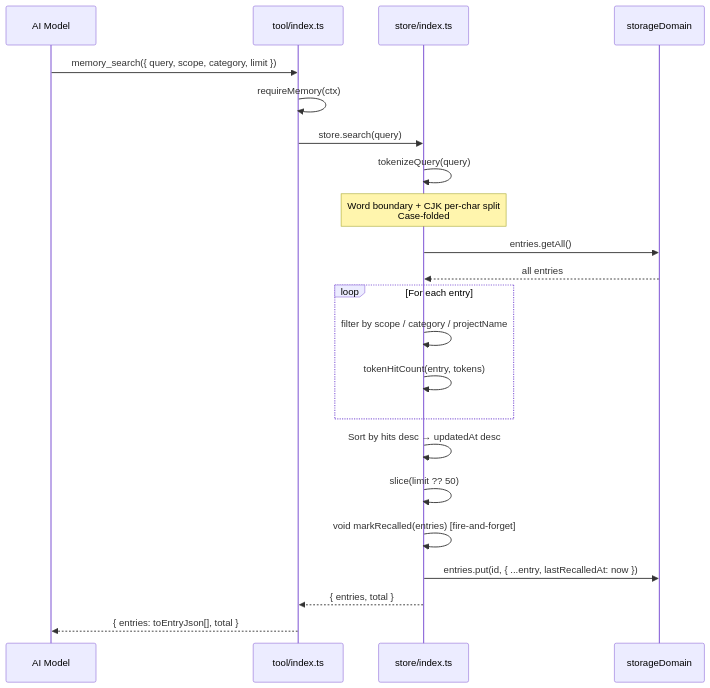
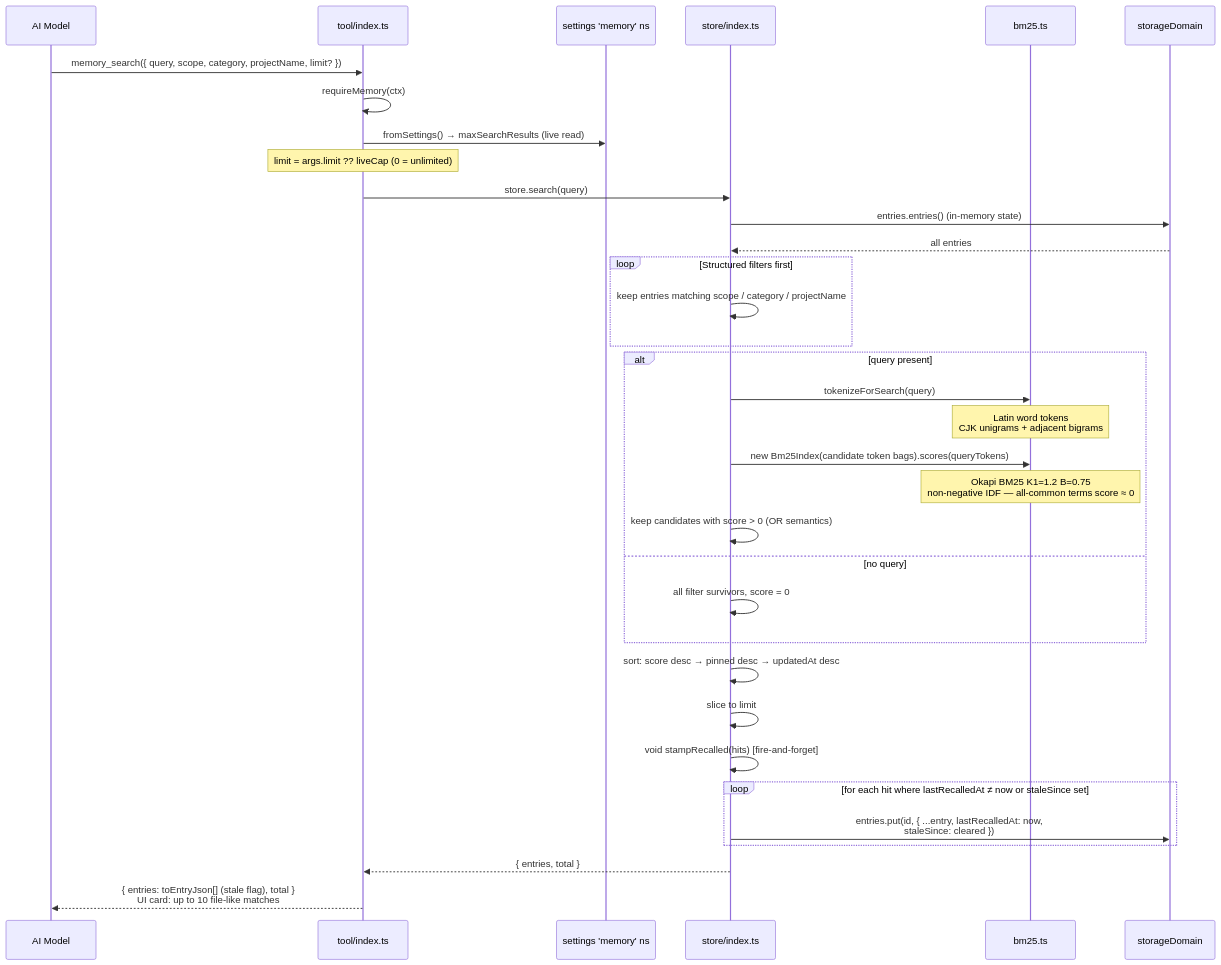
One commit to chenhw7/dsh-memory changed the third of 14 diagrams in docs/SEQUENCE_DIAGRAMS.md. Above: the diagram before and after it, drawn with Mermaid. The commit also changed other lines of this file and 5 other files, not shown here.

First line of the commit message:
docs: sync README / TECH_DESIGN / SEQUENCE_DIAGRAMS with the v0.3.0 implementation

````diff
--- a/docs/SEQUENCE_DIAGRAMS.md
+++ b/docs/SEQUENCE_DIAGRAMS.md
@@ -102,30 +108,42 @@
 ```mermaid
 sequenceDiagram
     participant Model as AI Model
     participant Tool as tool/index.ts
+    participant Settings as settings 'memory' ns
     participant Store as store/index.ts
+    participant BM25 as bm25.ts
     participant SD as storageDomain
 
-    Model->>Tool: memory_search({ query, scope, category, limit })
+    Model->>Tool: memory_search({ query, scope, category, projectName, limit? })
     Tool->>Tool: requireMemory(ctx)
+    Tool->>Settings: fromSettings() → maxSearchResults (live read)
+    Note over Tool: limit = args.limit ?? liveCap (0 = unlimited)
+
     Tool->>Store: store.search(query)
-
-    Store->>Store: tokenizeQuery(query)
-    Note over Store: Word boundary + CJK per-char split<br/>Case-folded
-
-    Store->>SD: entries.getAll()
+    Store->>SD: entries.entries() (in-memory state)
     SD-->>Store: all entries
 
-    loop For each entry
-        Store->>Store: filter by scope / category / projectName
-        Store->>Store: tokenHitCount(entry, tokens)
+    loop Structured filters first
+        Store->>Store: keep entries matching scope / category / projectName
     end
 
-    Store->>Store: Sort by hits desc → updatedAt desc
-    Store->>Store: slice(limit ?? 50)
-    Store->>Store: void markRecalled(entries) [fire-and-forget]
-    Store->>SD: entries.put(id, { ...entry, lastRecalledAt: now })
+    alt query present
+        Store->>BM25: tokenizeForSearch(query)
+        Note over BM25: Latin word tokens<br/>CJK unigrams + adjacent bigrams
+        Store->>BM25: new Bm25Index(candidate token bags).scores(queryTokens)
+        Note over BM25: Okapi BM25 K1=1.2 B=0.75<br/>non-negative IDF — all-common terms score ≈ 0
+        Store->>Store: keep candidates with score > 0 (OR semantics)
+    else no query
+        Store->>Store: all filter survivors, score = 0
+    end
+
+    Store->>Store: sort: score desc → pinned desc → updatedAt desc
+    Store->>Store: slice to limit
+    Store->>Store: void stampRecalled(hits) [fire-and-forget]
+    loop for each hit where lastRecalledAt ≠ now or staleSince set
+        Store->>SD: entries.put(id, { ...entry, lastRecalledAt: now,<br/>staleSince: cleared })
+    end
 
     Store-->>Tool: { entries, total }
-    Tool-->>Model: { entries: toEntryJson[], total }
+    Tool-->>Model: { entries: toEntryJson[] (stale flag), total }<br/>UI card: up to 10 file-like matches
 ```
````
